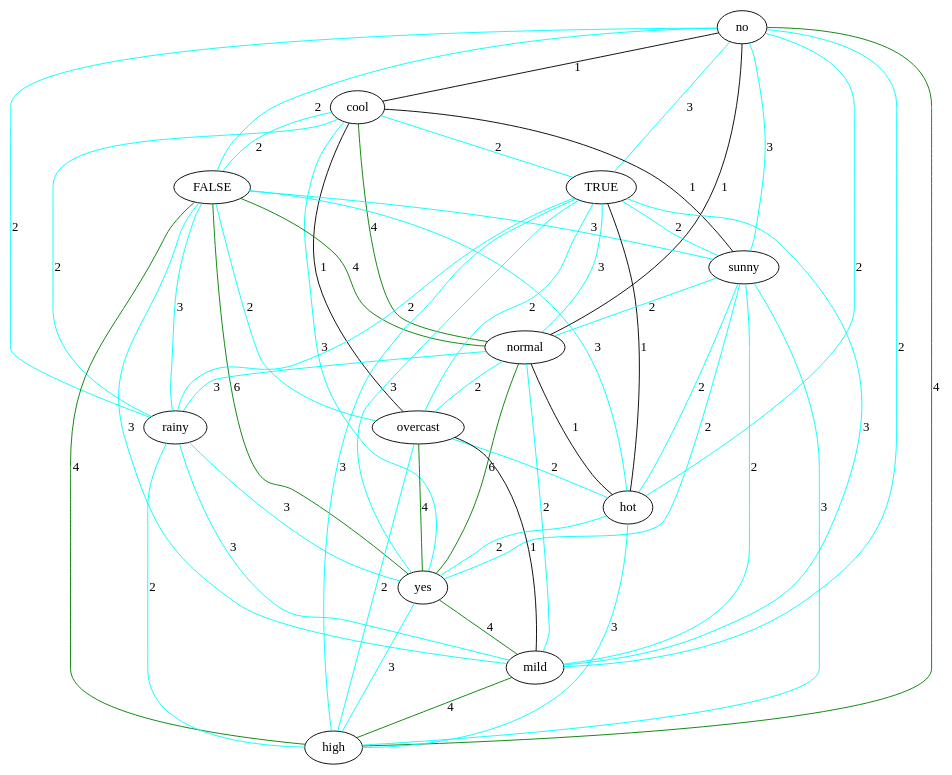
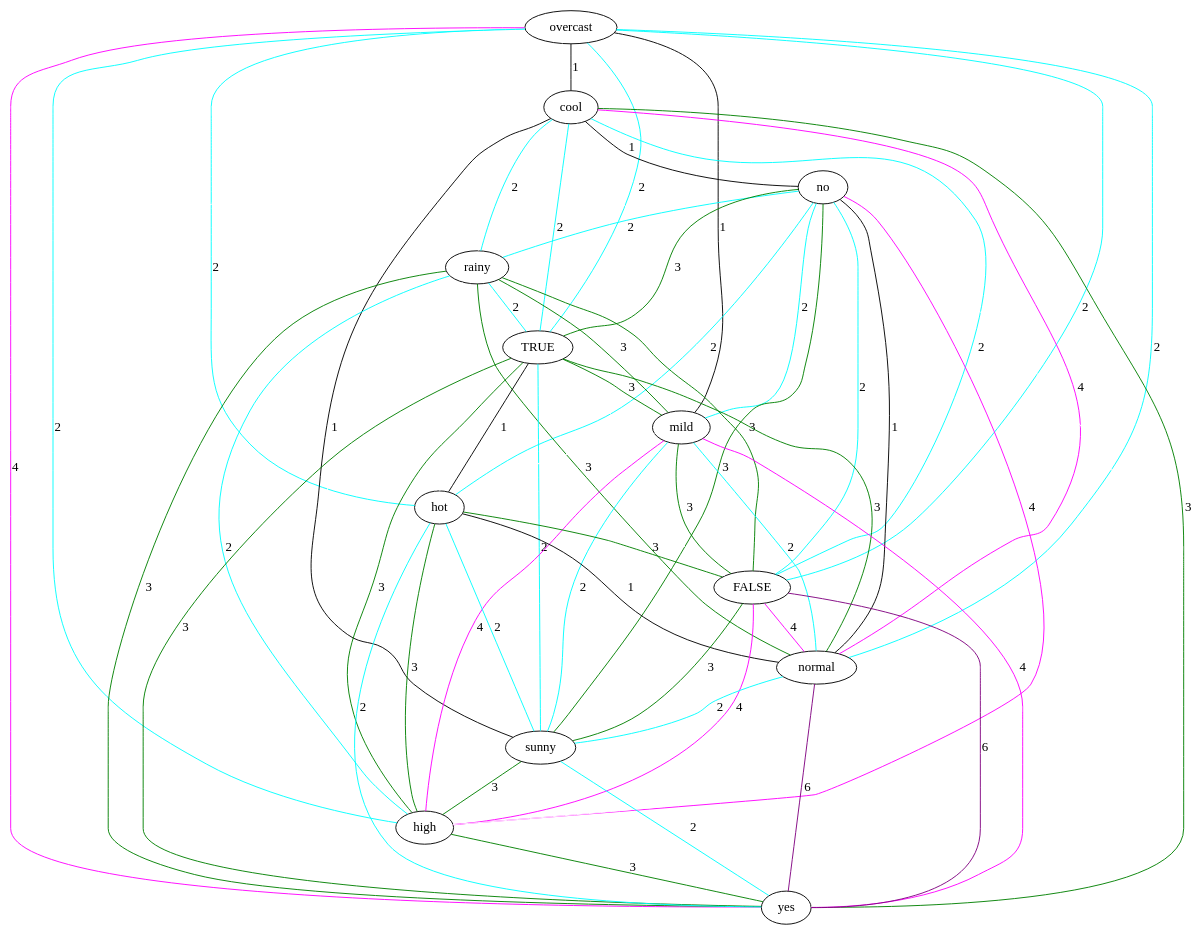
One commit to lrodrin/TFG changed the diagram in src/final/exponentialGraph.dot. Above: the diagram before and after it, drawn with Graphviz. The commit also changed 12 other files, not shown here.

```diff
--- a/src/final/exponentialGraph.dot
+++ b/src/final/exponentialGraph.dot
@@ -1,68 +1,80 @@
 strict graph "" {
+overcast;
+cool;
 no;
-cool;
+rainy;
+TRUE;
+mild;
+hot;
 FALSE;
-TRUE;
+normal;
 sunny;
-normal;
-overcast;
-rainy;
-hot;
+high;
 yes;
-mild;
-high;
+overcast -- TRUE  [color=cyan, label=2];
+overcast -- mild  [color=black, label=1];
+overcast -- no  [color=white];
+overcast -- FALSE  [color=cyan, label=2];
+overcast -- normal  [color=cyan, label=2];
+overcast -- cool  [color=black, label=1];
+overcast -- high  [color=cyan, label=2];
+overcast -- sunny  [color=white];
+overcast -- hot  [color=cyan, label=2];
+overcast -- yes  [color=magenta, label=4];
+overcast -- rainy  [color=white];
+cool -- TRUE  [color=cyan, label=2];
+cool -- mild  [color=white];
+cool -- no  [color=black, label=1];
+cool -- FALSE  [color=cyan, label=2];
+cool -- normal  [color=magenta, label=4];
+cool -- sunny  [color=black, label=1];
+cool -- high  [color=white];
+cool -- yes  [color=green, label=3];
+cool -- hot  [color=white];
+cool -- rainy  [color=cyan, label=2];
+no -- TRUE  [color=green, label=3];
+no -- mild  [color=cyan, label=2];
 no -- hot  [color=cyan, label=2];
-no -- mild  [color=cyan, label=2];
+no -- normal  [color=black, label=1];
+no -- high  [color=magenta, label=4];
+no -- sunny  [color=green, label=3];
+no -- FALSE  [color=cyan, label=2];
+no -- yes  [color=white];
 no -- rainy  [color=cyan, label=2];
-no -- cool  [color=black, label=1];
-no -- FALSE  [color=cyan, label=2];
-no -- TRUE  [color=cyan, label=3];
-no -- high  [color=green, label=4];
-no -- normal  [color=black, label=1];
-no -- sunny  [color=cyan, label=3];
-cool -- rainy  [color=cyan, label=2];
-cool -- FALSE  [color=cyan, label=2];
-cool -- TRUE  [color=cyan, label=2];
-cool -- sunny  [color=black, label=1];
-cool -- normal  [color=green, label=4];
-cool -- overcast  [color=black, label=1];
-cool -- yes  [color=cyan, label=3];
-FALSE -- hot  [color=cyan, label=3];
-FALSE -- yes  [color=green, label=6];
-FALSE -- mild  [color=cyan, label=3];
-FALSE -- high  [color=green, label=4];
-FALSE -- overcast  [color=cyan, label=2];
-FALSE -- normal  [color=green, label=4];
-FALSE -- sunny  [color=cyan, label=3];
-FALSE -- rainy  [color=cyan, label=3];
+rainy -- TRUE  [color=cyan, label=2];
+rainy -- mild  [color=green, label=3];
+rainy -- FALSE  [color=green, label=3];
+rainy -- normal  [color=green, label=3];
+rainy -- high  [color=cyan, label=2];
+rainy -- sunny  [color=white];
+rainy -- hot  [color=white];
+rainy -- yes  [color=green, label=3];
+TRUE -- mild  [color=green, label=3];
+TRUE -- FALSE  [color=white];
+TRUE -- normal  [color=green, label=3];
+TRUE -- high  [color=green, label=3];
+TRUE -- sunny  [color=cyan, label=2];
 TRUE -- hot  [color=black, label=1];
-TRUE -- rainy  [color=cyan, label=2];
-TRUE -- mild  [color=cyan, label=3];
-TRUE -- high  [color=cyan, label=3];
-TRUE -- overcast  [color=cyan, label=2];
-TRUE -- normal  [color=cyan, label=3];
-TRUE -- sunny  [color=cyan, label=2];
-TRUE -- yes  [color=cyan, label=3];
-sunny -- hot  [color=cyan, label=2];
+TRUE -- yes  [color=green, label=3];
+mild -- FALSE  [color=green, label=3];
+mild -- normal  [color=cyan, label=2];
+mild -- high  [color=magenta, label=4];
+mild -- sunny  [color=cyan, label=2];
+mild -- hot  [color=white];
+mild -- yes  [color=magenta, label=4];
+hot -- normal  [color=black, label=1];
+hot -- high  [color=green, label=3];
+hot -- sunny  [color=cyan, label=2];
+hot -- FALSE  [color=green, label=3];
+hot -- yes  [color=cyan, label=2];
+FALSE -- normal  [color=magenta, label=4];
+FALSE -- high  [color=magenta, label=4];
+FALSE -- sunny  [color=green, label=3];
+FALSE -- yes  [color=purple, label=6];
+normal -- yes  [color=purple, label=6];
+normal -- high  [color=white];
+normal -- sunny  [color=cyan, label=2];
+sunny -- high  [color=green, label=3];
 sunny -- yes  [color=cyan, label=2];
-sunny -- high  [color=cyan, label=3];
-sunny -- normal  [color=cyan, label=2];
-sunny -- mild  [color=cyan, label=2];
-normal -- hot  [color=black, label=1];
-normal -- rainy  [color=cyan, label=3];
-normal -- mild  [color=cyan, label=2];
-normal -- overcast  [color=cyan, label=2];
-normal -- yes  [color=green, label=6];
-overcast -- hot  [color=cyan, label=2];
-overcast -- mild  [color=black, label=1];
-overcast -- yes  [color=green, label=4];
-overcast -- high  [color=cyan, label=2];
-rainy -- mild  [color=cyan, label=3];
-rainy -- yes  [color=cyan, label=3];
-rainy -- high  [color=cyan, label=2];
-hot -- yes  [color=cyan, label=2];
-hot -- high  [color=cyan, label=3];
-yes -- mild  [color=green, label=4];
-yes -- high  [color=cyan, label=3];
-mild -- high  [color=green, label=4];
+high -- yes  [color=green, label=3];
 }
```
